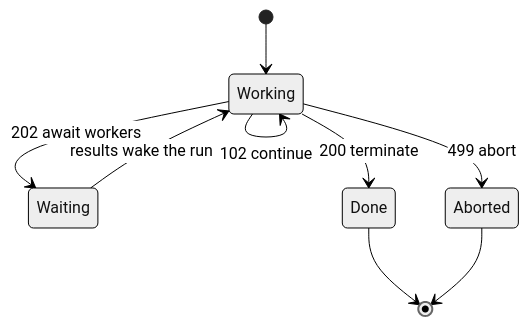
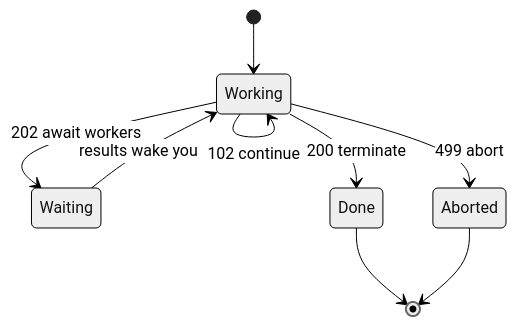
One commit to plurnk/plurnk-service changed the second of 2 diagrams in plurnk-grammar/plurnk.md. Above: the diagram before and after it, drawn with Mermaid (neutral theme). The commit also changed other lines of this file and 13 other files, not shown here.

````diff
--- a/plurnk-grammar/plurnk.md
+++ b/plurnk-grammar/plurnk.md
@@ -209,11 +209,11 @@
 ```mermaid
 stateDiagram-v2
     [*] --> Working
     Working --> Working: 102 continue
     Working --> Waiting: 202 await workers
-    Waiting --> Working: results wake the run
+    Waiting --> Working: results wake you
     Working --> Done: 200 terminate
     Working --> Aborted: 499 abort
     Done --> [*]
     Aborted --> [*]
 ```
````
